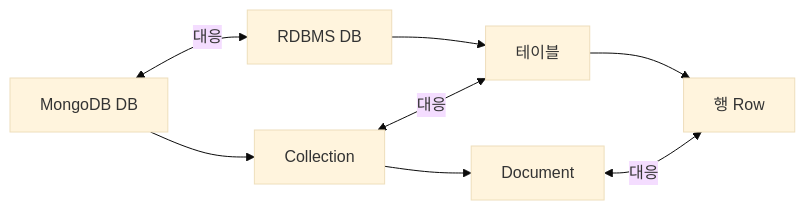
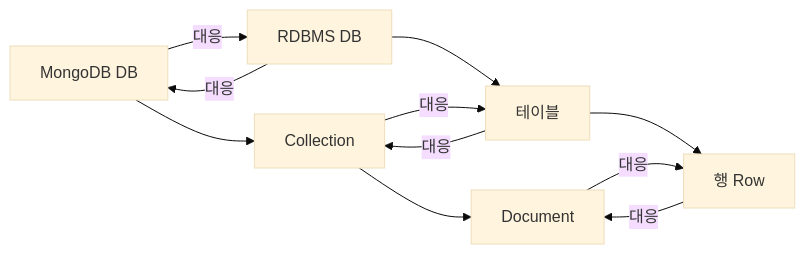
The first of 7 diagrams in _posts/nosql/2026-05-02-mongodb-deep.md (yjkim2015/yjkim2015.github.io), drawn with Mermaid (base theme) before and after one commit. The commit also changed 38 other files, not shown here.

First line of the commit message:
Mermaid 파싱 에러 최종 수정 + 화살표 간격 확대

````diff
--- a/_posts/nosql/2026-05-02-mongodb-deep.md
+++ b/_posts/nosql/2026-05-02-mongodb-deep.md
@@ -16,10 +16,13 @@
 ```mermaid
 graph LR
     DB1["MongoDB DB"] --> Col["Collection"]
     Col --> Doc["Document"]
     DB2["RDBMS DB"] --> Table["테이블"]
     Table --> Row["행 Row"]
-    DB1 <-->|대응| DB2
-    Col <-->|대응| Table
-    Doc <-->|대응| Row
+    DB1 -->|대응| DB2
+    DB2 -->|대응| DB1
+    Col -->|대응| Table
+    Table -->|대응| Col
+    Doc -->|대응| Row
+    Row -->|대응| Doc
 ```
````
